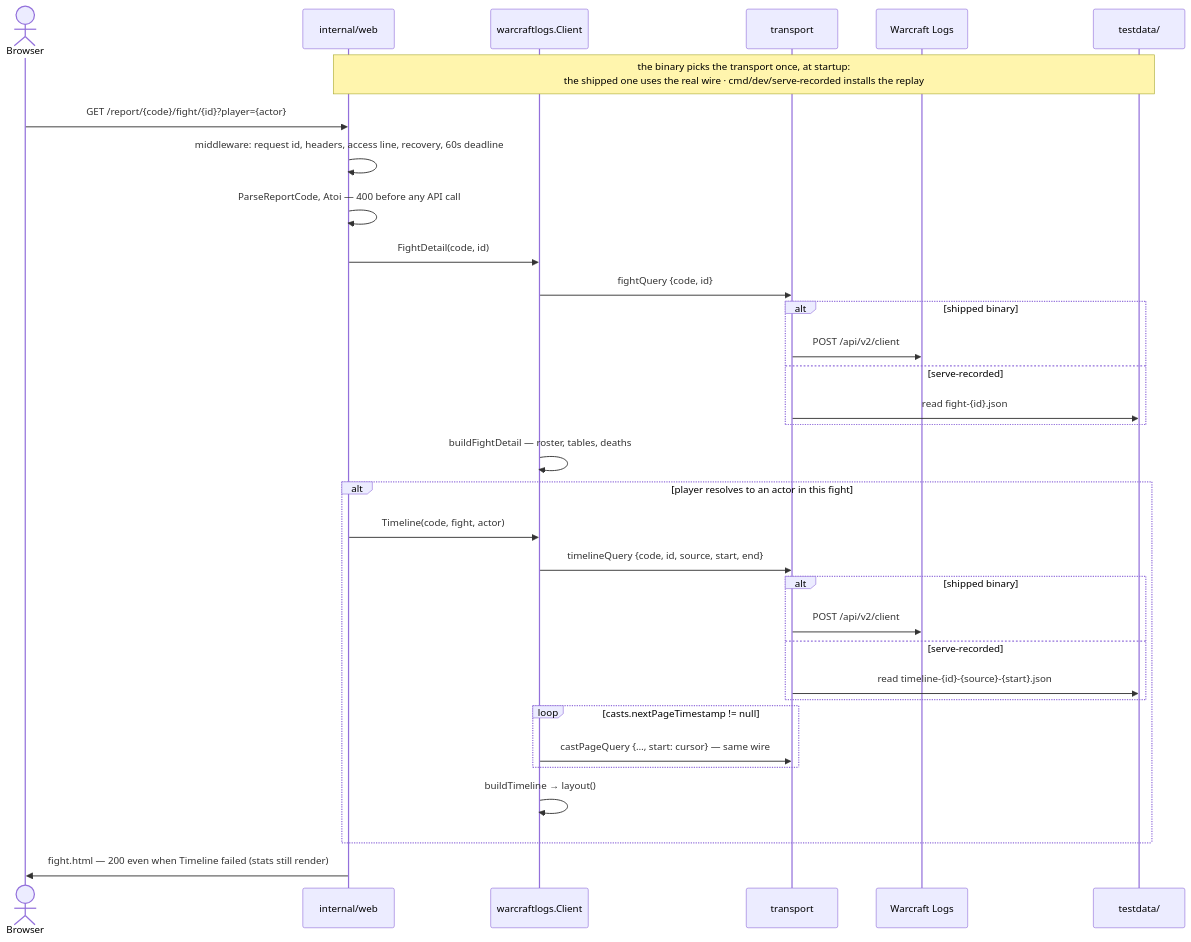
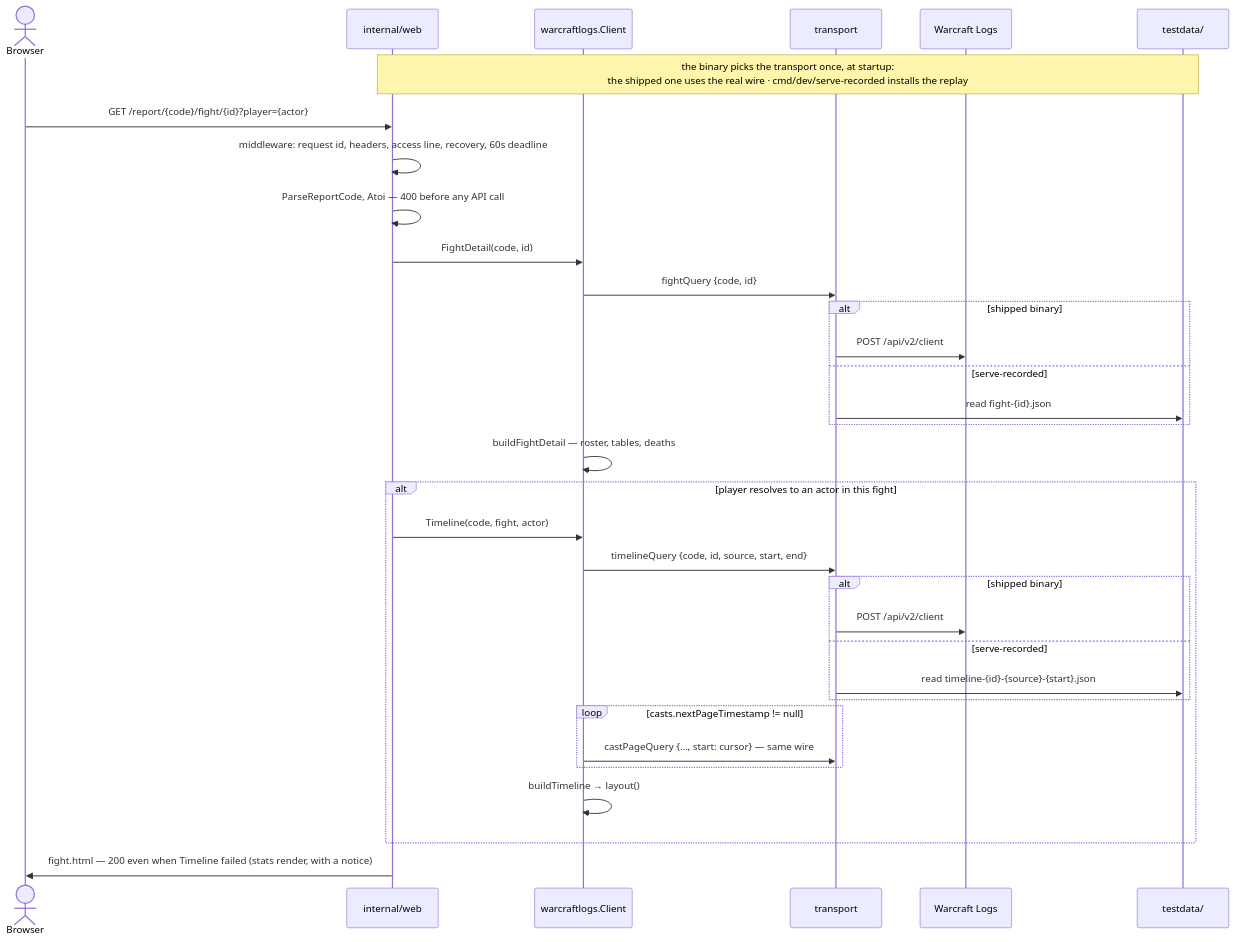
Before and after one commit to Gabriel2048/wow-insights: the third of 3 diagrams in ARCHITECTURE.md, drawn with Mermaid. The commit also changed other lines of this file and 15 other files, not shown here.

````diff
--- a/ARCHITECTURE.md
+++ b/ARCHITECTURE.md
@@ -121,37 +120,37 @@
 ```mermaid
 sequenceDiagram
     actor B as Browser
     participant S as internal/web
     participant C as warcraftlogs.Client
     participant T as transport
     participant W as Warcraft Logs
     participant F as testdata/
 
     Note over S,F: the binary picks the transport once, at startup:<br/>the shipped one uses the real wire · cmd/dev/serve-recorded installs the replay
 
     B->>S: GET /report/{code}/fight/{id}?player={actor}
     S->>S: middleware: request id, headers, access line, recovery, 60s deadline
     S->>S: ParseReportCode, Atoi — 400 before any API call
     S->>C: FightDetail(code, id)
     C->>T: fightQuery {code, id}
     alt shipped binary
         T->>W: POST /api/v2/client
     else serve-recorded
         T->>F: read fight-{id}.json
     end
     C->>C: buildFightDetail — roster, tables, deaths
     alt player resolves to an actor in this fight
         S->>C: Timeline(code, fight, actor)
         C->>T: timelineQuery {code, id, source, start, end}
         alt shipped binary
             T->>W: POST /api/v2/client
         else serve-recorded
             T->>F: read timeline-{id}-{source}-{start}.json
         end
         loop casts.nextPageTimestamp != null
             C->>T: castPageQuery {…, start: cursor} — same wire
         end
         C->>C: buildTimeline → layout()
     end
-    S->>B: fight.html — 200 even when Timeline failed (stats still render)
+    S->>B: fight.html — 200 even when Timeline failed (stats render, with a notice)
 ```
````
